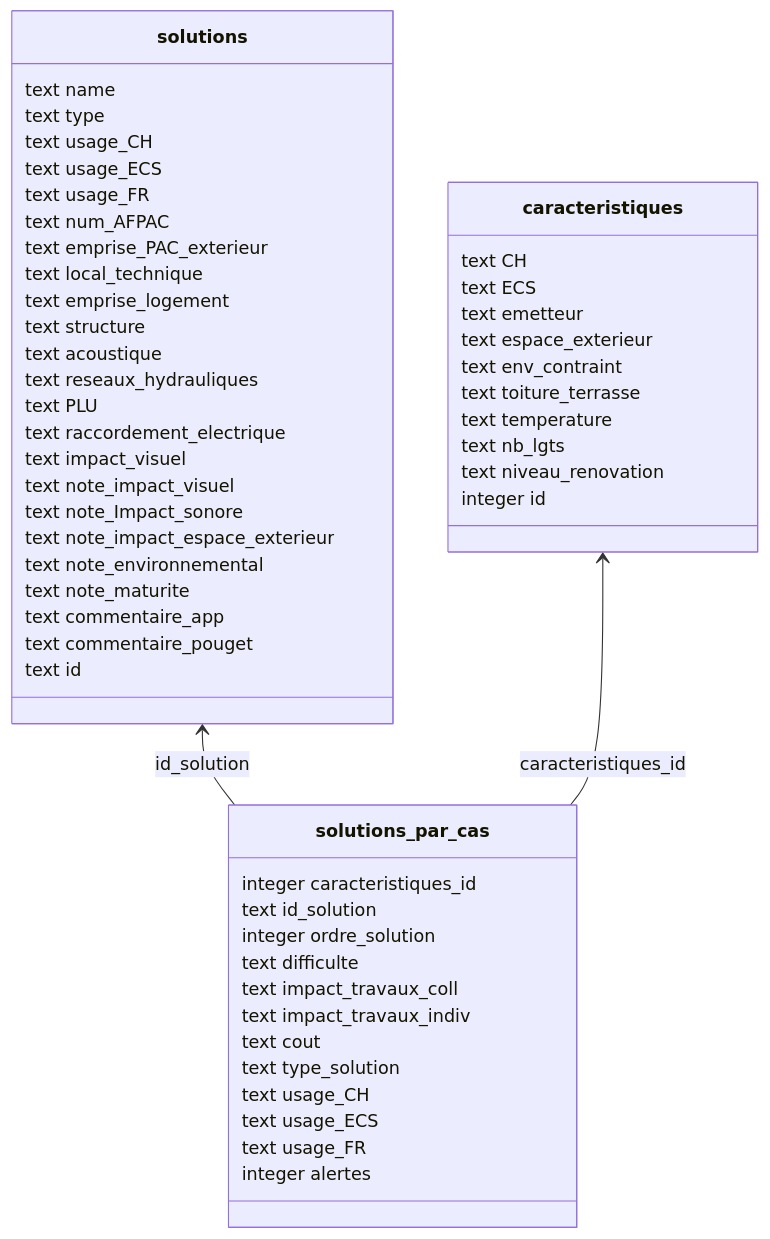
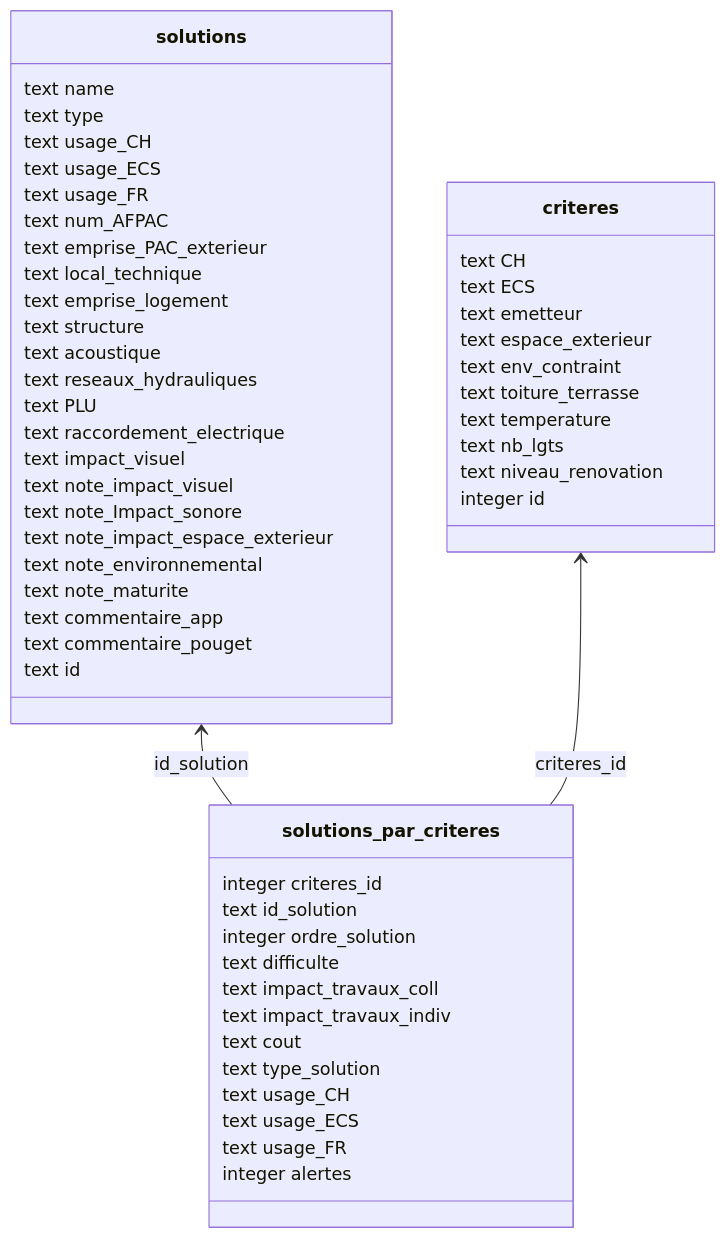
Before and after one commit to incubateur-ademe/pacoupa: the diagram in README.md, drawn with Mermaid. The commit also changed other lines of this file and 8 other files, not shown here.

````diff
--- a/README.md
+++ b/README.md
@@ -81,61 +81,61 @@
 ```mermaid
 classDiagram
 direction BT
 
-class caracteristiques {
+class criteres {
    text CH
    text ECS
    text emetteur
    text espace_exterieur
    text env_contraint
    text toiture_terrasse
    text temperature
    text nb_lgts
    text niveau_renovation
    integer id
 }
 class solutions {
    text name
    text type
    text usage_CH
    text usage_ECS
    text usage_FR
    text num_AFPAC
    text emprise_PAC_exterieur
    text local_technique
    text emprise_logement
    text structure
    text acoustique
    text reseaux_hydrauliques
    text PLU
    text raccordement_electrique
    text impact_visuel
    text note_impact_visuel
    text note_Impact_sonore
    text note_impact_espace_exterieur
    text note_environnemental
    text note_maturite
    text commentaire_app
    text commentaire_pouget
    text id
 }
-class solutions_par_cas {
-   integer caracteristiques_id
+class solutions_par_criteres {
+   integer criteres_id
    text id_solution
    integer ordre_solution
    text difficulte
    text impact_travaux_coll
    text impact_travaux_indiv
    text cout
    text type_solution
    text usage_CH
    text usage_ECS
    text usage_FR
    integer alertes
 }
 
 
-solutions_par_cas  -->  solutions : id_solution
+solutions_par_criteres  -->  solutions : id_solution
 
-solutions_par_cas  -->  caracteristiques : caracteristiques_id
+solutions_par_criteres  -->  criteres : criteres_id
 ```
````
